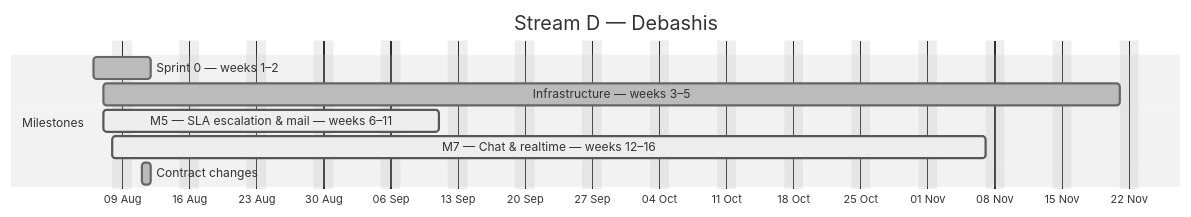
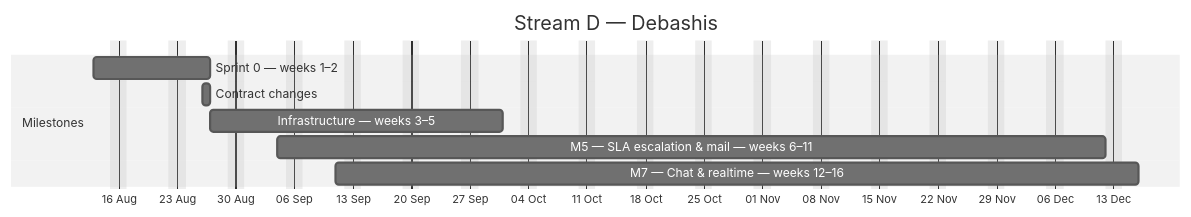
Before and after one commit to debashisedunext/EduTrack: the fourth of 4 diagrams in docs/plan/GANTT.md, drawn with Mermaid (neutral theme). The commit also changed other lines of this file and 3 other files, not shown here.

````diff
--- a/docs/plan/GANTT.md
+++ b/docs/plan/GANTT.md
@@ -172,13 +184,13 @@
 ```mermaid
 gantt
     dateFormat YYYY-MM-DD
     axisFormat %d %b
     title Stream D — Debashis
     excludes weekends
     section Milestones
-    Sprint 0 — weeks 1–2 :done, d0, 2026-08-06, 4d
-    Infrastructure — weeks 3–5 :done, d1, 2026-08-07, 76d
-    M5 — SLA  escalation & mail — weeks 6–11 :active, d2, 2026-08-07, 25d
-    M7 — Chat & realtime — weeks 12–16 :active, d3, 2026-08-08, 66d
-    Contract changes :done, d4, 2026-08-11, 1d
+    Sprint 0 — weeks 1–2 :d0, 2026-08-13, 10d
+    Contract changes :d1, 2026-08-26, 1d
+    Infrastructure — weeks 3–5 :d2, 2026-08-27, 25d
+    M5 — SLA  escalation & mail — weeks 6–11 :d3, 2026-09-04, 71d
+    M7 — Chat & realtime — weeks 12–16 :d4, 2026-09-11, 68d
 ```
````
